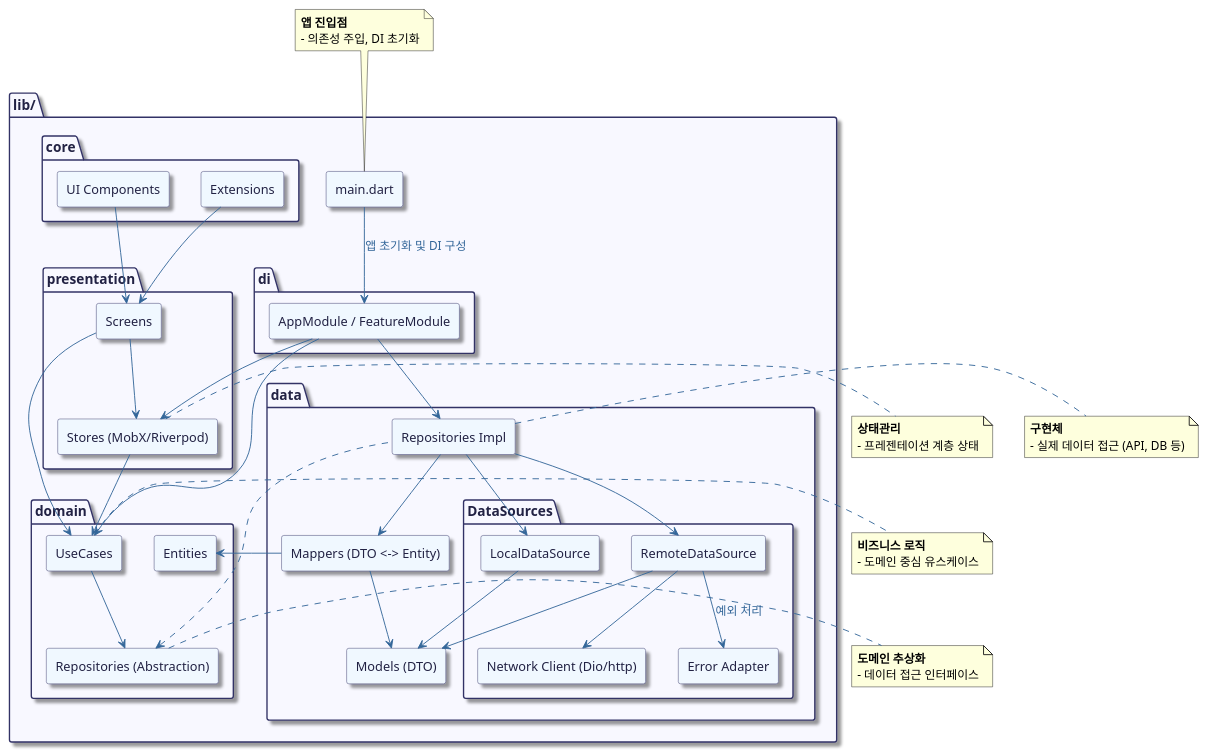
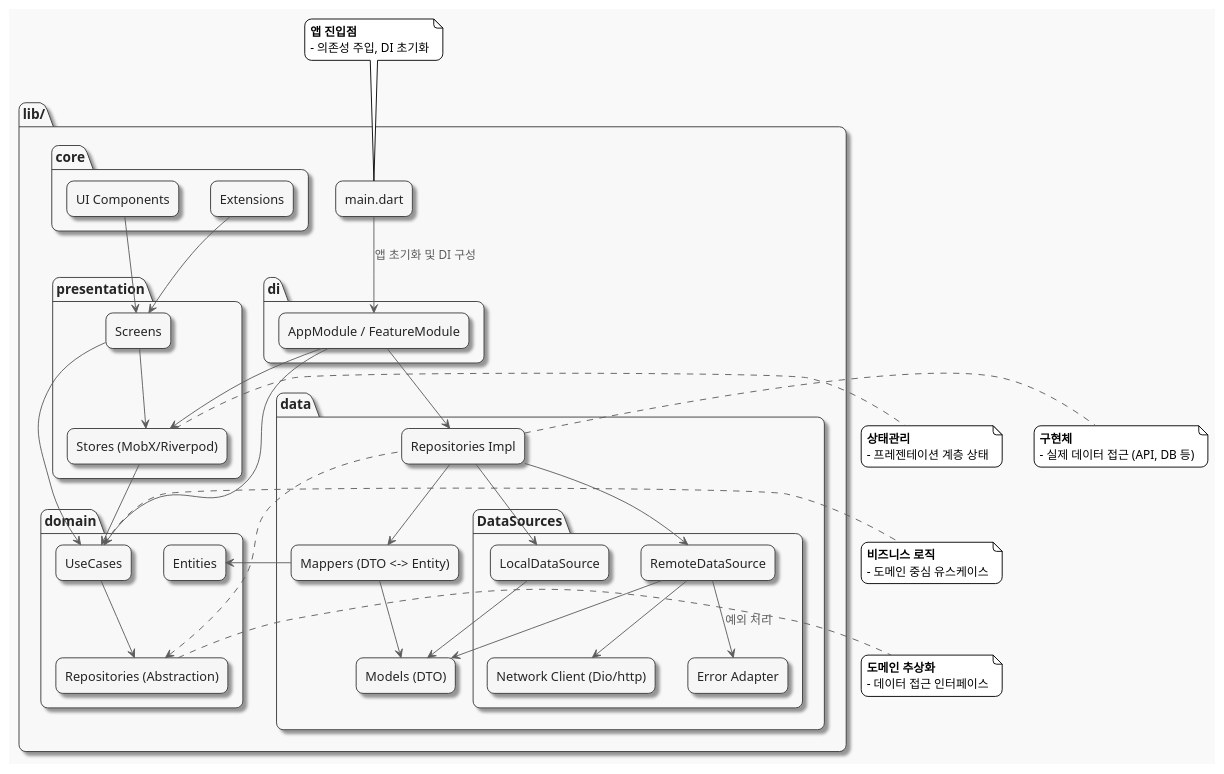
One commit to aw-birdgang/saiondo changed the diagram in frontend/app/puml/full_architecture_component.puml. Above: the diagram before and after it, drawn with PlantUML. The commit also changed 43 other files, not shown here.

```diff
--- a/frontend/app/puml/full_architecture_component.puml
+++ b/frontend/app/puml/full_architecture_component.puml
@@ -1,115 +1,124 @@
 @startuml
-' 스타일 정의
+!theme plain
+skinparam componentStyle uml2
+skinparam shadowing false
+skinparam roundcorner 15
+skinparam monochrome true
+skinparam backgroundColor #F9F9F9
+skinparam ArrowColor Black
+skinparam ArrowFontColor Black
+skinparam defaultFontName "Nanum Gothic"
+
 skinparam package {
   BackgroundColor #F8F8FF
   BorderColor #333366
   FontColor #222244
   FontSize 15
   Shadowing true
 }
 skinparam rectangle {
   BackgroundColor #F0F8FF
   BorderColor #333366
   FontColor #222244
   Shadowing true
 }
 skinparam ArrowColor #336699
 skinparam ArrowFontColor #336699
 skinparam ArrowFontSize 13
 
 ' === 패키지 구조 ===
 
 package "lib/" {
 
   rectangle "main.dart" as main
 
   package "core" {
     rectangle "Extensions"
     rectangle "UI Components"
   }
 
   package "data" {
     rectangle "Repositories Impl"
     package "DataSources" {
       rectangle "RemoteDataSource"
       rectangle "LocalDataSource"
       rectangle "Error Adapter"
       rectangle "Network Client (Dio/http)"
     }
     rectangle "Models (DTO)"
     rectangle "Mappers (DTO <-> Entity)"
   }
 
   package "domain" {
     rectangle "UseCases"
     rectangle "Repositories (Abstraction)"
     rectangle "Entities"
   }
 
   package "presentation" {
     rectangle "Screens"
     rectangle "Stores (MobX/Riverpod)"
   }
 
   package "di" {
     rectangle "AppModule / FeatureModule"
   }
 }
 
 ' === 의존성 관계 ===
 
 main --> "AppModule / FeatureModule" : "앱 초기화 및 DI 구성"
 "AppModule / FeatureModule" --> "Repositories Impl"
 "AppModule / FeatureModule" --> "UseCases"
 "AppModule / FeatureModule" --> "Stores (MobX/Riverpod)"
 
 "Screens" --> "Stores (MobX/Riverpod)"
 "Screens" --> "UseCases"
 "Stores (MobX/Riverpod)" --> "UseCases"
 
 "UseCases" --> "Repositories (Abstraction)"
 "Repositories (Abstraction)" <.. "Repositories Impl"
 
 "Repositories Impl" --> "RemoteDataSource"
 "Repositories Impl" --> "LocalDataSource"
 "Repositories Impl" --> "Mappers (DTO <-> Entity)"
 
 "RemoteDataSource" --> "Network Client (Dio/http)"
 "RemoteDataSource" --> "Error Adapter" : "예외 처리"
 "RemoteDataSource" --> "Models (DTO)"
 
 "LocalDataSource" --> "Models (DTO)"
 
 "Mappers (DTO <-> Entity)" --> "Models (DTO)"
 "Mappers (DTO <-> Entity)" --> "Entities"
 
 "UI Components" --> "Screens"
 "Extensions" --> "Screens"
 
 ' 설명 주석
 note top of main
   <b>앱 진입점</b>
   - 의존성 주입, DI 초기화
 end note
 
 note right of "UseCases"
   <b>비즈니스 로직</b>
   - 도메인 중심 유스케이스
 end note
 
 note right of "Repositories (Abstraction)"
   <b>도메인 추상화</b>
   - 데이터 접근 인터페이스
 end note
 
 note right of "Repositories Impl"
   <b>구현체</b>
   - 실제 데이터 접근 (API, DB 등)
 end note
 
 note right of "Stores (MobX/Riverpod)"
   <b>상태관리</b>
   - 프레젠테이션 계층 상태
 end note
 
 @enduml
```
